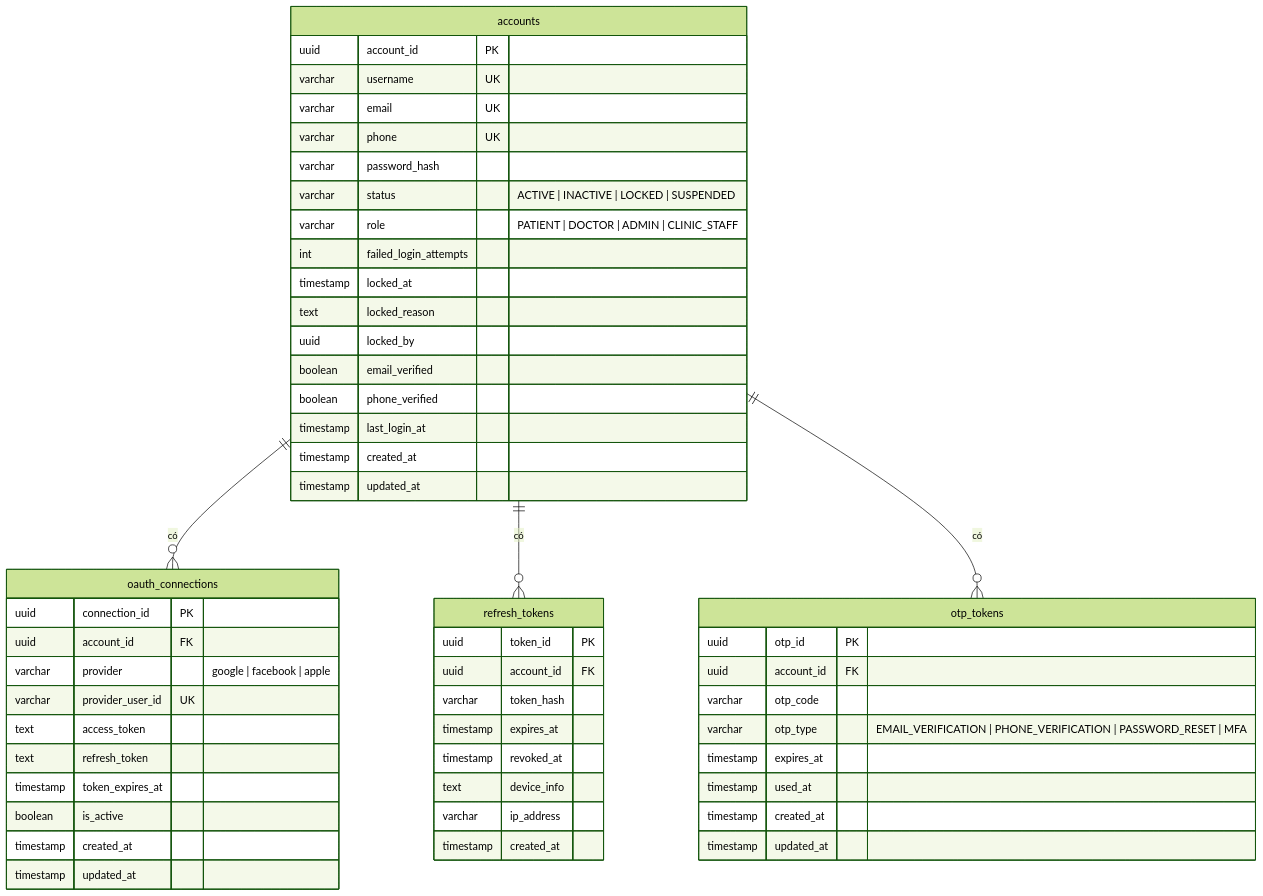
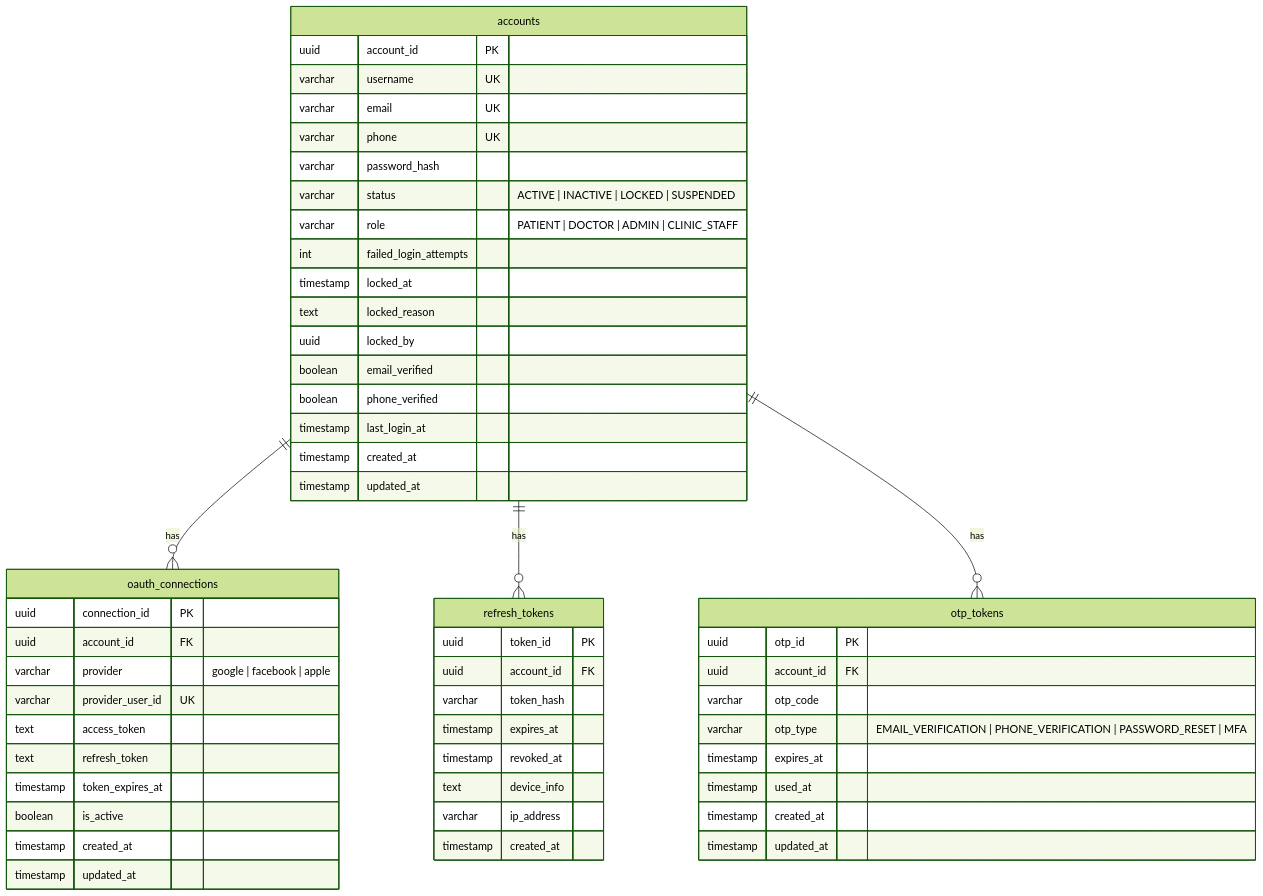
The second of 9 diagrams in docs/architecture/erd.md (LTPPPP/Smart-Medical-Intelligent-Ledger-for-E-health-S.M.I.L.E-), drawn with Mermaid (forest theme) before and after one commit. The commit also changed other lines of this file, not shown here.

First line of the commit message:
docs(erd): translate ERD diagram to English

````diff
--- a/docs/architecture/erd.md
+++ b/docs/architecture/erd.md
@@ -44,57 +44,57 @@
 ```mermaid
 erDiagram
-    accounts ||--o{ oauth_connections : "có"
-    accounts ||--o{ refresh_tokens : "có"
-    accounts ||--o{ otp_tokens : "có"
+    accounts ||--o{ oauth_connections : "has"
+    accounts ||--o{ refresh_tokens : "has"
+    accounts ||--o{ otp_tokens : "has"
 
     accounts {
         uuid account_id PK
         varchar username UK
         varchar email UK
         varchar phone UK
         varchar password_hash
         varchar status "ACTIVE | INACTIVE | LOCKED | SUSPENDED"
         varchar role "PATIENT | DOCTOR | ADMIN | CLINIC_STAFF"
         int failed_login_attempts
         timestamp locked_at
         text locked_reason
         uuid locked_by
         boolean email_verified
         boolean phone_verified
         timestamp last_login_at
         timestamp created_at
         timestamp updated_at
     }
     oauth_connections {
         uuid connection_id PK
         uuid account_id FK
         varchar provider "google | facebook | apple"
         varchar provider_user_id UK
         text access_token
         text refresh_token
         timestamp token_expires_at
         boolean is_active
         timestamp created_at
         timestamp updated_at
     }
     refresh_tokens {
         uuid token_id PK
         uuid account_id FK
         varchar token_hash
         timestamp expires_at
         timestamp revoked_at
         text device_info
         varchar ip_address
         timestamp created_at
     }
     otp_tokens {
         uuid otp_id PK
         uuid account_id FK
         varchar otp_code
         varchar otp_type "EMAIL_VERIFICATION | PHONE_VERIFICATION | PASSWORD_RESET | MFA"
         timestamp expires_at
         timestamp used_at
         timestamp created_at
         timestamp updated_at
     }
 ```
````
